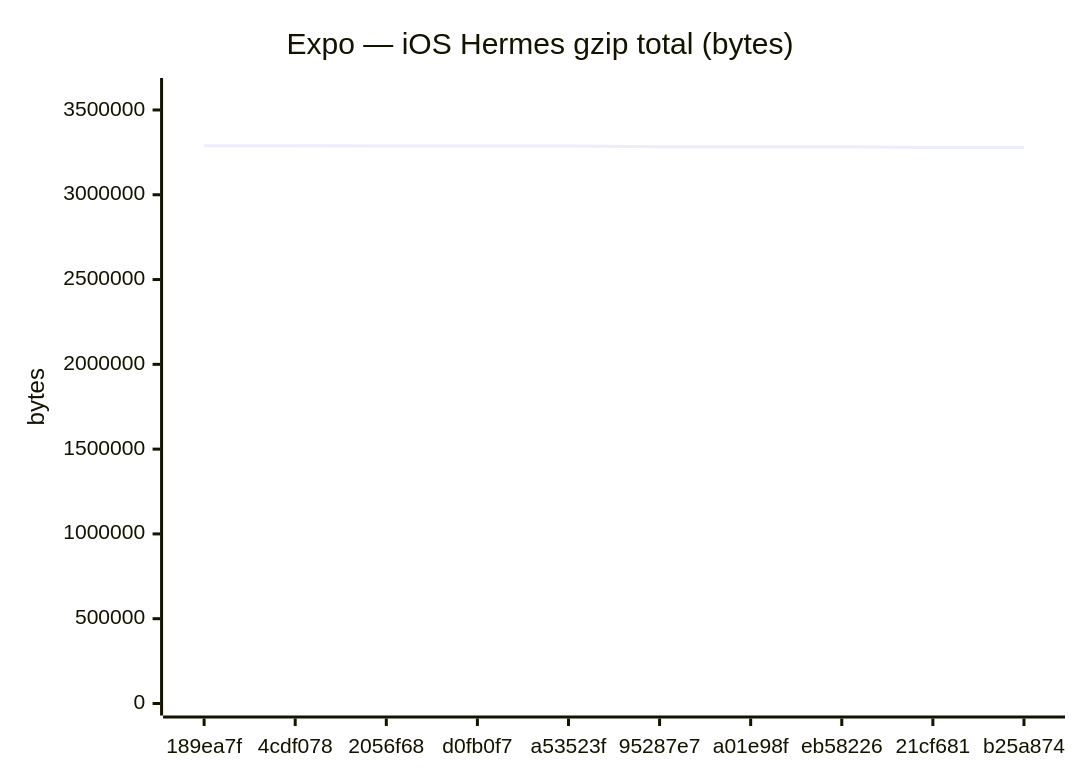
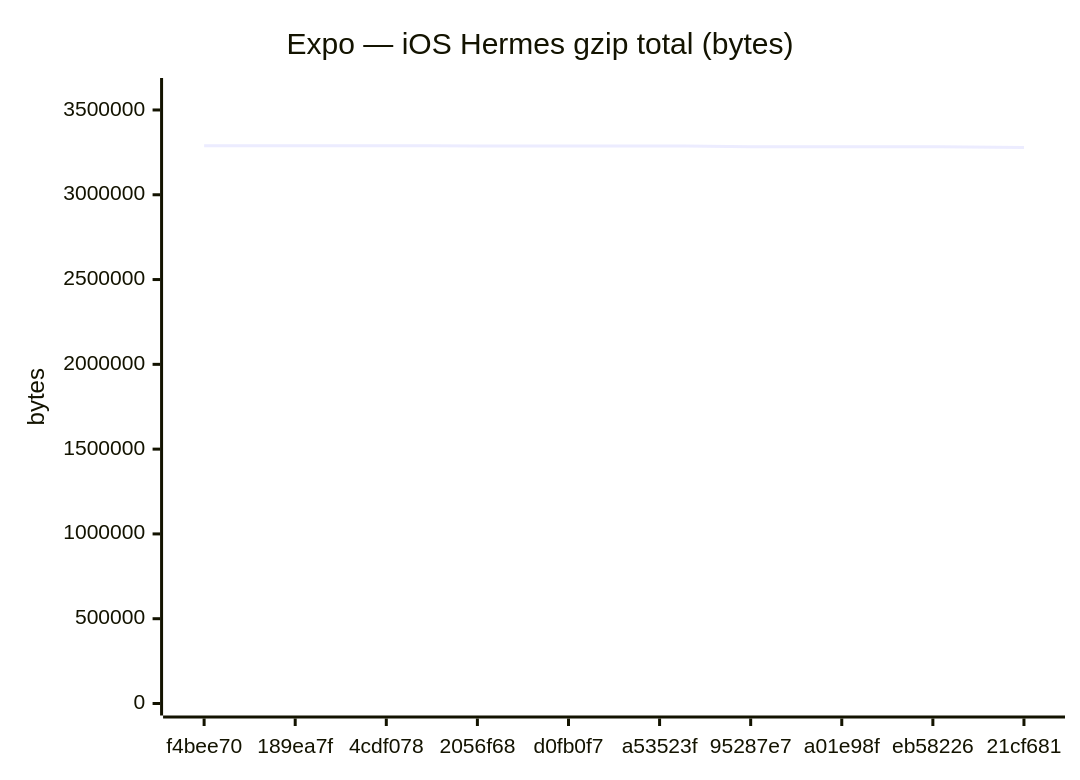
Before and after one commit to Metaheurist/Rianell: the sixth of 18 diagrams in benchmarks/compare.md, drawn with Mermaid. The commit also changed other lines of this file and 11 other files, not shown here.

````diff
--- a/benchmarks/compare.md
+++ b/benchmarks/compare.md
@@ -96,7 +96,7 @@
 ```mermaid
 xychart-beta
     title "Expo — iOS Hermes gzip total (bytes)"
-    x-axis ["189ea7f", "4cdf078", "2056f68", "d0fb0f7", "a53523f", "95287e7", "a01e98f", "eb58226", "21cf681", "b25a874"]
+    x-axis ["f4bee70", "189ea7f", "4cdf078", "2056f68", "d0fb0f7", "a53523f", "95287e7", "a01e98f", "eb58226", "21cf681"]
     y-axis "bytes" 0 --> 3617765
-    line [3288861, 3288877, 3288270, 3288272, 3288270, 3283767, 3283770, 3283769, 3278198, 3278199]
+    line [3288399, 3288861, 3288877, 3288270, 3288272, 3288270, 3283767, 3283770, 3283769, 3278198]
 ```
````
